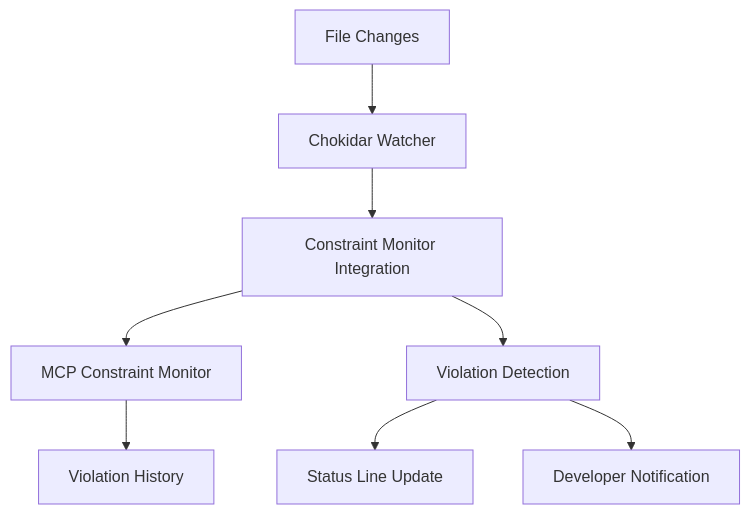
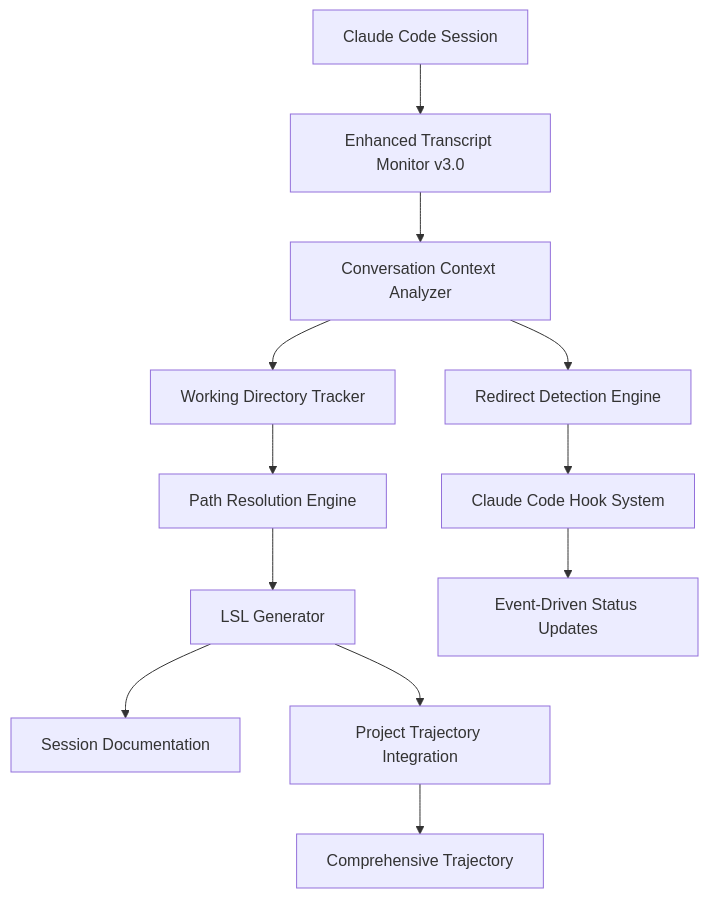
The first of 2 diagrams in docs/live-session-logging-system.md (davidraehles/agentic-coding-framework), drawn with Mermaid before and after one commit. The commit also changed other lines of this file and 15 other files, not shown here.

Commit message:
fix: revamping of LSL system

````diff
--- a/docs/live-session-logging-system.md
+++ b/docs/live-session-logging-system.md
@@ -349,10 +47,16 @@
 ```mermaid
-graph TB
-    A[File Changes] --> B[Chokidar Watcher]
-    B --> C[Constraint Monitor Integration]
-    C --> D[MCP Constraint Monitor]
-    C --> E[Violation Detection]
-    E --> F[Status Line Update]
-    E --> G[Developer Notification]
-    D --> H[Violation History]
+graph TD
+    A[Claude Code Session] --> B[Enhanced Transcript Monitor v3.0]
+    B --> C[Conversation Context Analyzer]
+    C --> D[Working Directory Tracker]
+    D --> E[Path Resolution Engine]
+    E --> F[LSL Generator] 
+    F --> G[Session Documentation]
+    
+    C --> H[Redirect Detection Engine]
+    H --> I[Claude Code Hook System]
+    I --> J[Event-Driven Status Updates]
+    
+    F --> K[Project Trajectory Integration]
+    K --> L[Comprehensive Trajectory]
 ```
````
